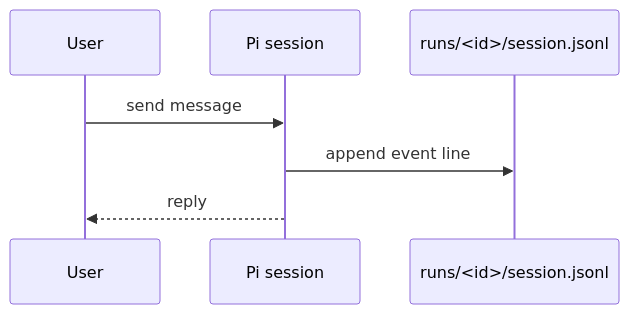
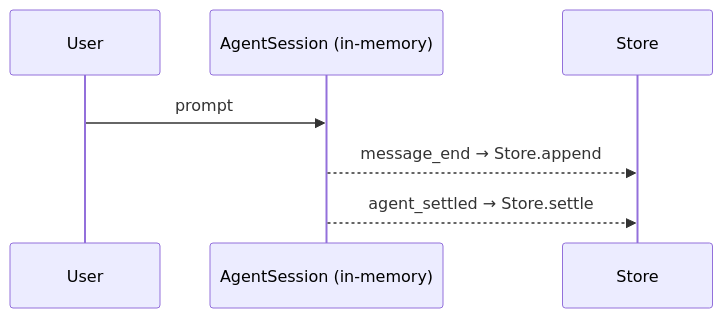
Before and after one commit to montflow/montflow: the first of 2 diagrams in packages/pi-runs/wiki/architecture.md, drawn with Mermaid. The commit also changed other lines of this file and 5 other files, not shown here.

````diff
--- a/packages/pi-runs/wiki/architecture.md
+++ b/packages/pi-runs/wiki/architecture.md
@@ -28,9 +33,9 @@
 ```mermaid
 sequenceDiagram
   participant User
-  participant Pi as Pi session
-  participant Run as runs/<id>/session.jsonl
-  User->>Pi: send message
-  Pi->>Run: append event line
-  Pi-->>User: reply
+  participant Agent as AgentSession (in-memory)
+  participant Store
+  User->>Agent: prompt
+  Agent-->>Store: message_end → Store.append
+  Agent-->>Store: agent_settled → Store.settle
 ```
````
